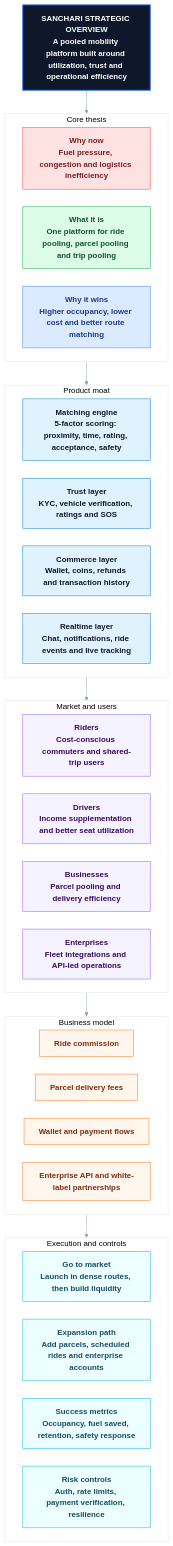
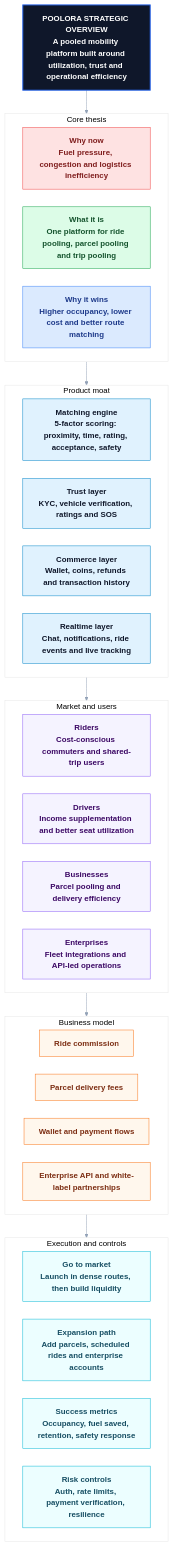
One commit to nathimike102/poolora changed the diagram in backend/strategic-overview.mmd. Above: the diagram before and after it, drawn with Mermaid. The commit also changed 98 other files, not shown here.

First line of the commit message:
refactor: rebrand Sanchari to Poolora

```diff
--- a/backend/strategic-overview.mmd
+++ b/backend/strategic-overview.mmd
@@ -1,53 +1,53 @@
 %%{init: {"theme":"base","themeVariables":{"fontFamily":"Segoe UI, Helvetica, Arial, sans-serif","background":"#ffffff","primaryColor":"#f8fafc","primaryTextColor":"#0f172a","primaryBorderColor":"#2563eb","secondaryColor":"#eff6ff","tertiaryColor":"#ffffff","lineColor":"#94a3b8"},"flowchart":{"curve":"basis","nodeSpacing":36,"rankSpacing":48}}}%%
 flowchart TB
-    TITLE["SANCHARI STRATEGIC OVERVIEW<br/>A pooled mobility platform built around utilization, trust and operational efficiency"]:::hero
+    TITLE["POOLORA STRATEGIC OVERVIEW<br/>A pooled mobility platform built around utilization, trust and operational efficiency"]:::hero
 
     subgraph CORE["Core thesis"]
         direction LR
         P1["Why now<br/>Fuel pressure, congestion and logistics inefficiency"]:::problem
         P2["What it is<br/>One platform for ride pooling, parcel pooling and trip pooling"]:::solution
         P3["Why it wins<br/>Higher occupancy, lower cost and better route matching"]:::impact
     end
 
     subgraph MOAT["Product moat"]
         direction LR
         M1["Matching engine<br/>5-factor scoring: proximity, time, rating, acceptance, safety"]:::module
         M2["Trust layer<br/>KYC, vehicle verification, ratings and SOS"]:::module
         M3["Commerce layer<br/>Wallet, coins, refunds and transaction history"]:::module
         M4["Realtime layer<br/>Chat, notifications, ride events and live tracking"]:::module
     end
 
     subgraph MARKET["Market and users"]
         direction LR
         U1["Riders<br/>Cost-conscious commuters and shared-trip users"]:::audience
         U2["Drivers<br/>Income supplementation and better seat utilization"]:::audience
         U3["Businesses<br/>Parcel pooling and delivery efficiency"]:::audience
         U4["Enterprises<br/>Fleet integrations and API-led operations"]:::audience
     end
 
     subgraph MODEL["Business model"]
         direction LR
         B1["Ride commission"]:::biz
         B2["Parcel delivery fees"]:::biz
         B3["Wallet and payment flows"]:::biz
         B4["Enterprise API and white-label partnerships"]:::biz
     end
 
     subgraph EXECUTION["Execution and controls"]
         direction LR
         E1["Go to market<br/>Launch in dense routes, then build liquidity"]:::execution
         E2["Expansion path<br/>Add parcels, scheduled rides and enterprise accounts"]:::execution
         E3["Success metrics<br/>Occupancy, fuel saved, retention, safety response"]:::execution
         E4["Risk controls<br/>Auth, rate limits, payment verification, resilience"]:::execution
     end
 
     TITLE --> CORE --> MOAT --> MARKET --> MODEL --> EXECUTION
 
     classDef hero fill:#0f172a,stroke:#2563eb,color:#ffffff,stroke-width:2px,font-weight:bold
     classDef problem fill:#fee2e2,stroke:#ef4444,color:#7f1d1d,stroke-width:1px,font-weight:bold
     classDef solution fill:#dcfce7,stroke:#16a34a,color:#14532d,stroke-width:1px,font-weight:bold
     classDef impact fill:#dbeafe,stroke:#3b82f6,color:#1e3a8a,stroke-width:1px,font-weight:bold
     classDef module fill:#e0f2fe,stroke:#0284c7,color:#0f172a,stroke-width:1px,font-weight:bold
     classDef audience fill:#f5f3ff,stroke:#8b5cf6,color:#3b0764,stroke-width:1px,font-weight:bold
     classDef biz fill:#fff7ed,stroke:#f97316,color:#7c2d12,stroke-width:1px,font-weight:bold
     classDef execution fill:#ecfeff,stroke:#06b6d4,color:#164e63,stroke-width:1px,font-weight:bold
```
